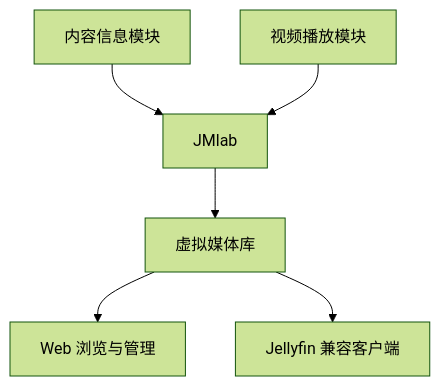
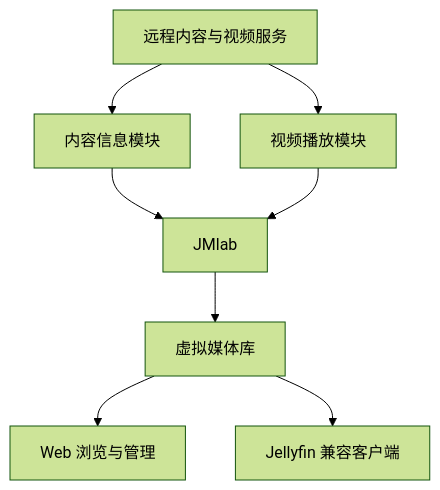
Before and after one commit to graysui/JMlab: the diagram in README.md, drawn with Mermaid (forest theme). The commit also changed other lines of this file and 12 other files, not shown here.

````diff
--- a/README.md
+++ b/README.md
@@ -21,8 +48,10 @@
 ```mermaid
 flowchart TD
+    R[远程内容与视频服务] --> A
+    R --> B
     A[内容信息模块] --> C[JMlab]
     B[视频播放模块] --> C
     C --> D[虚拟媒体库]
     D --> E[Web 浏览与管理]
     D --> F[Jellyfin 兼容客户端]
 ```
````
